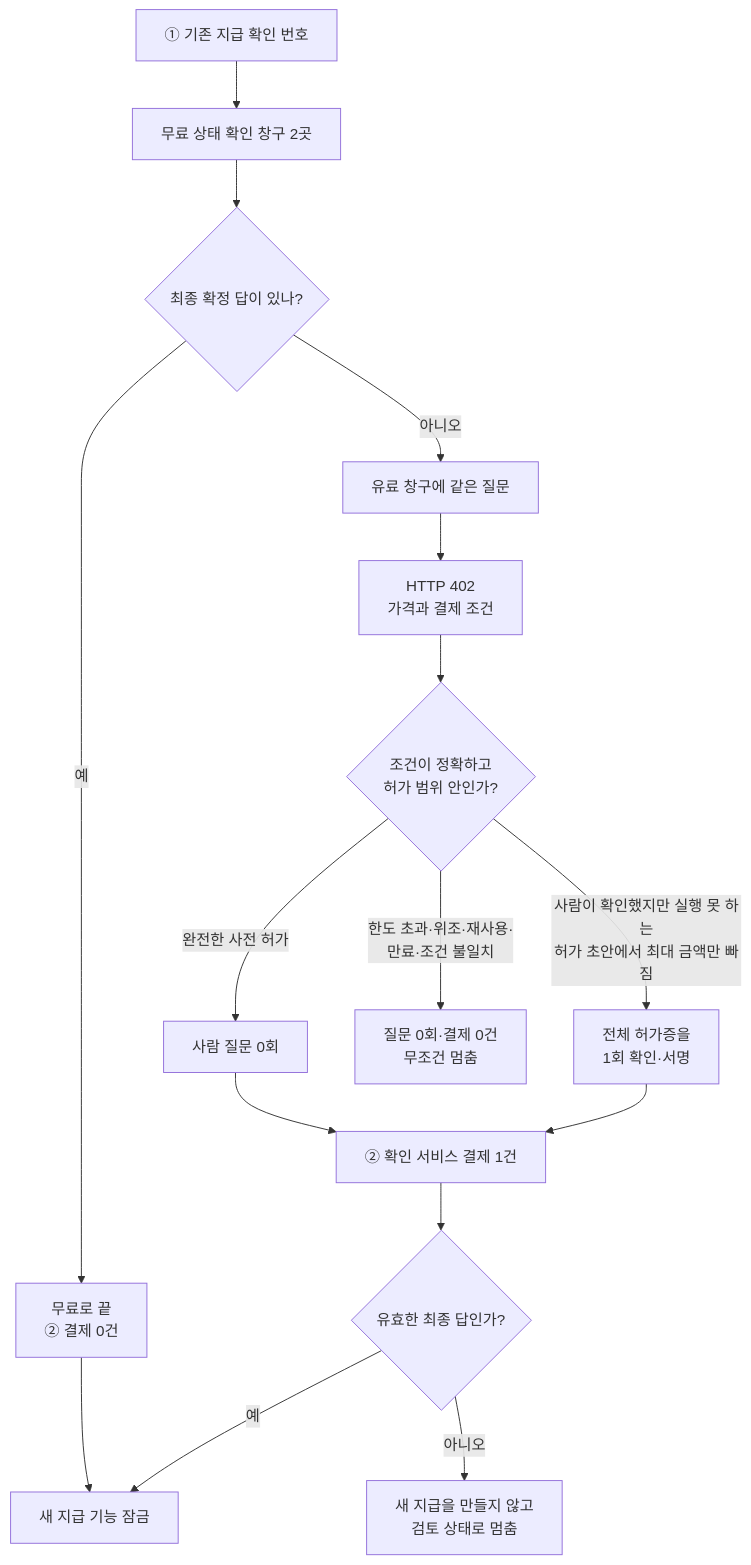
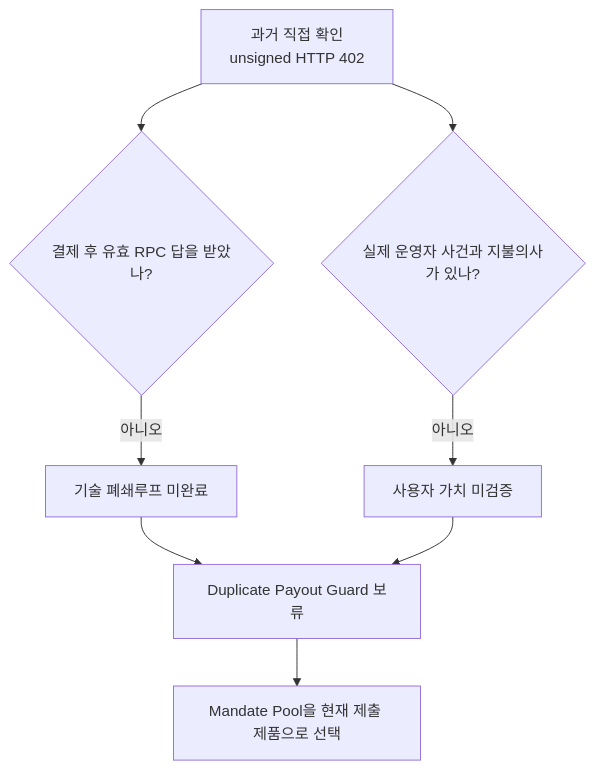
One commit to procloudkim/2026-Solana-Google changed the fourth of 6 diagrams in research/decision-report/rpc-rescue-middle-school-visual-guide.md. Above: the diagram before and after it, drawn with Mermaid. The commit also changed other lines of this file and 75 other files, not shown here.

````diff
--- a/research/decision-report/rpc-rescue-middle-school-visual-guide.md
+++ b/research/decision-report/rpc-rescue-middle-school-visual-guide.md
@@ -146,18 +95,10 @@
 ```mermaid
 flowchart TD
-    A["① 기존 지급 확인 번호"] --> B["무료 상태 확인 창구 2곳"]
-    B --> C{"최종 확정 답이 있나?"}
-    C -->|예| D["무료로 끝<br/>② 결제 0건"]
-    D --> E["새 지급 기능 잠금"]
-    C -->|아니오| F["유료 창구에 같은 질문"]
-    F --> G["HTTP 402<br/>가격과 결제 조건"]
-    G --> H{"조건이 정확하고<br/>허가 범위 안인가?"}
-    H -->|완전한 사전 허가| I["사람 질문 0회"]
-    H -->|사람이 확인했지만 실행 못 하는<br/>허가 초안에서 최대 금액만 빠짐| J["전체 허가증을<br/>1회 확인·서명"]
-    H -->|한도 초과·위조·재사용·<br/>만료·조건 불일치| K["질문 0회·결제 0건<br/>무조건 멈춤"]
-    I --> L["② 확인 서비스 결제 1건"]
-    J --> L
-    L --> M{"유효한 최종 답인가?"}
-    M -->|예| E
-    M -->|아니오| N["새 지급을 만들지 않고<br/>검토 상태로 멈춤"]
+    A["과거 직접 확인<br/>unsigned HTTP 402"] --> B{"결제 후 유효 RPC 답을 받았나?"}
+    B -->|아니오| P["기술 폐쇄루프 미완료"]
+    A --> C{"실제 운영자 사건과 지불의사가 있나?"}
+    C -->|아니오| U["사용자 가치 미검증"]
+    P --> K["Duplicate Payout Guard 보류"]
+    U --> K
+    K --> M["Mandate Pool을 현재 제출 제품으로 선택"]
 ```
````
